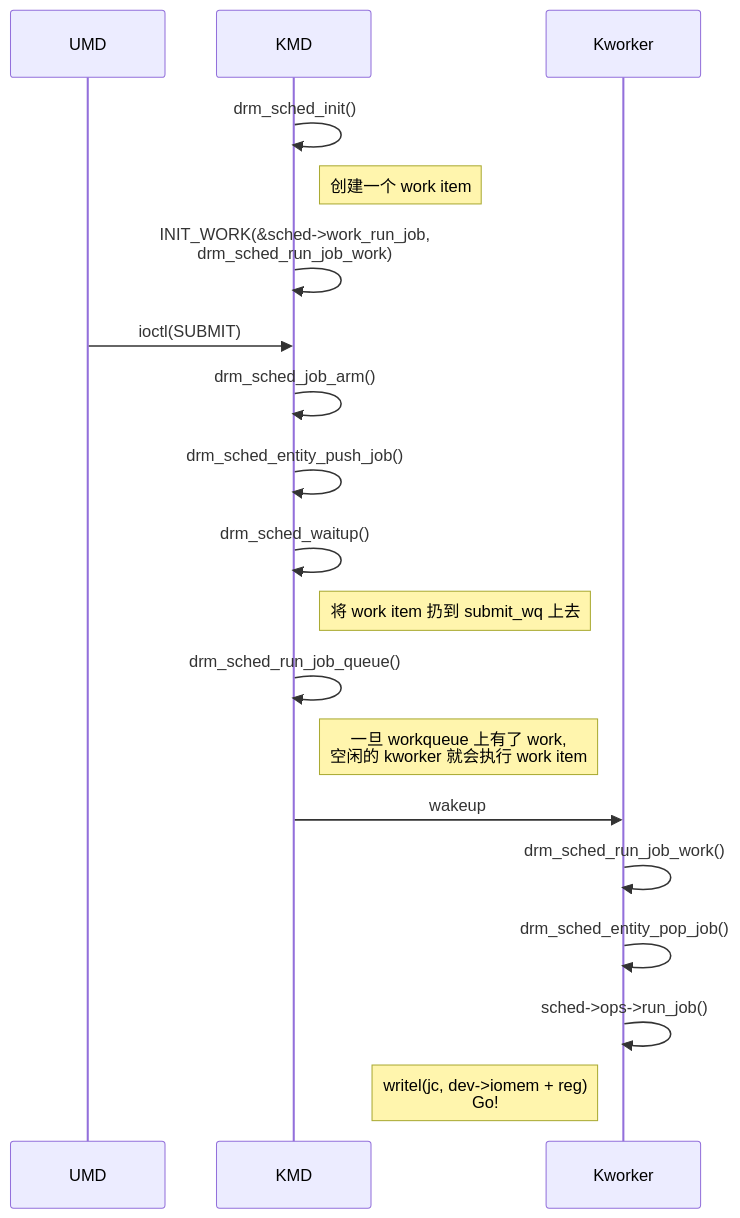
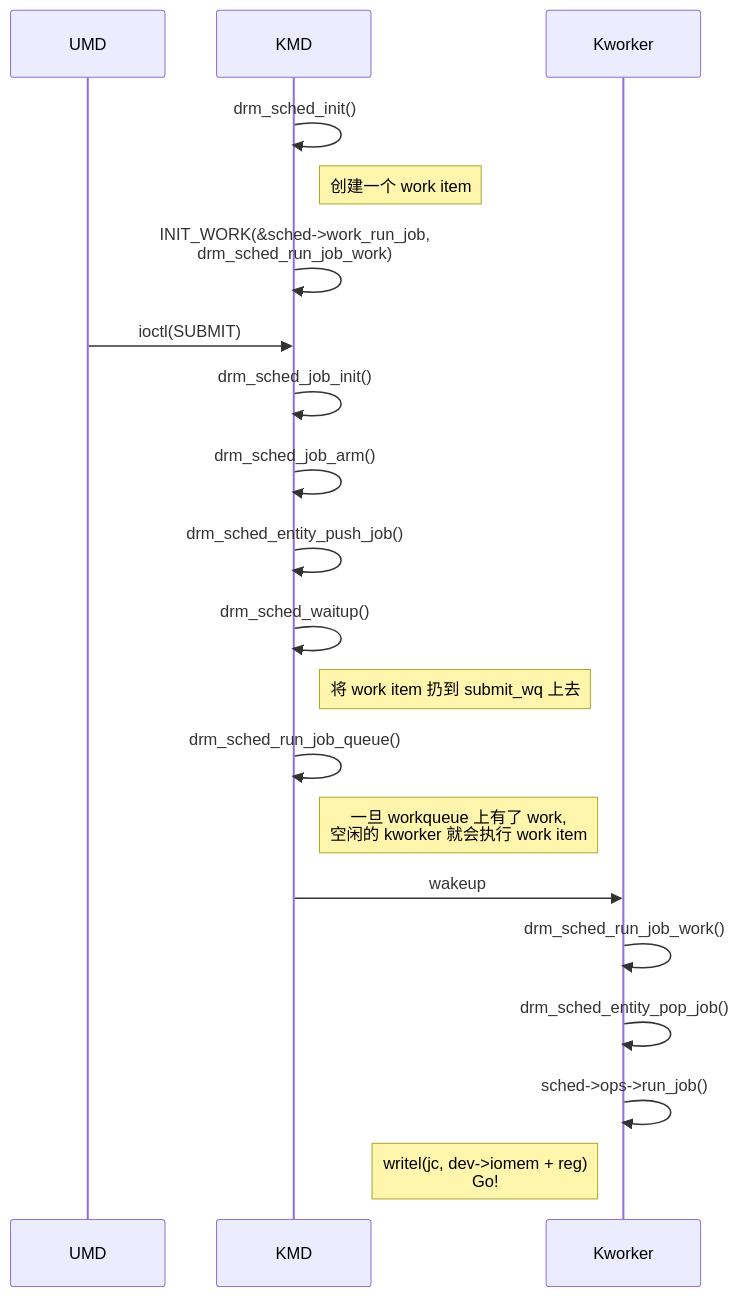
Before and after one commit to lucmann/lucmann.github.io: the fifth of 5 diagrams in source/_posts/lnx/gpu-sched.md, drawn with Mermaid. The commit also changed other lines of this file, not shown here.

Commit message:
gfx: drm_sched_run_job_work() the function executed in kworker

````diff
--- a/source/_posts/lnx/gpu-sched.md
+++ b/source/_posts/lnx/gpu-sched.md
@@ -244,22 +278,23 @@
 ```mermaid
 sequenceDiagram
   participant UMD
   participant KMD
   participant Kworker
 
   KMD ->> KMD : drm_sched_init()
   note right of KMD : 创建一个 work item
   KMD ->> KMD : INIT_WORK(&sched->work_run_job,<br>drm_sched_run_job_work)
   UMD ->> KMD : ioctl(SUBMIT)
+  KMD ->> KMD : drm_sched_job_init()
   KMD ->> KMD : drm_sched_job_arm()
   KMD ->> KMD : drm_sched_entity_push_job()
   KMD ->> KMD : drm_sched_waitup()
   note right of KMD : 将 work item 扔到 submit_wq 上去
   KMD ->> KMD : drm_sched_run_job_queue()
   note right of KMD : 一旦 workqueue 上有了 work,<br>空闲的 kworker 就会执行 work item
   KMD ->> Kworker : wakeup
   Kworker ->> Kworker : drm_sched_run_job_work()
   Kworker ->> Kworker : drm_sched_entity_pop_job()
   Kworker ->> Kworker : sched->ops->run_job()
   note left of Kworker : writel(jc, dev->iomem + reg)<br>Go!
 ```
````
